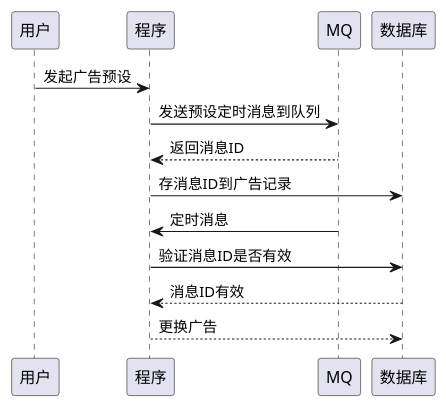
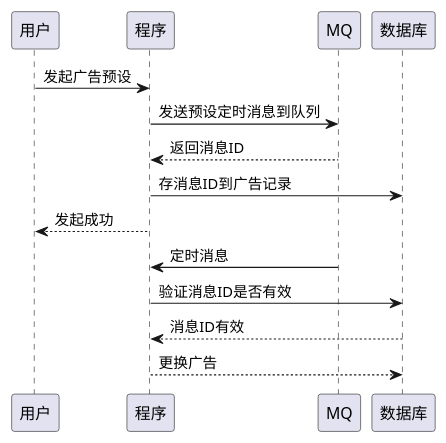
The diagram in main4-spread/main4-spread-api/src/main/resources/goat_sequence.puml (pogy/main-pom), drawn with PlantUML before and after one commit.

Commit message:
uml设计

```diff
--- a/main4-spread/main4-spread-api/src/main/resources/goat_sequence.puml
+++ b/main4-spread/main4-spread-api/src/main/resources/goat_sequence.puml
@@ -1,11 +1,12 @@
 @startuml
 用户 -> 程序: 发起广告预设
 程序 -> MQ: 发送预设定时消息到队列
 MQ --> 程序: 返回消息ID
 程序 -> 数据库: 存消息ID到广告记录
+程序 --> 用户: 发起成功
 MQ -> 程序: 定时消息
 程序 -> 数据库: 验证消息ID是否有效
 数据库 --> 程序: 消息ID有效
 程序 --> 数据库: 更换广告
 
 @enduml
```
